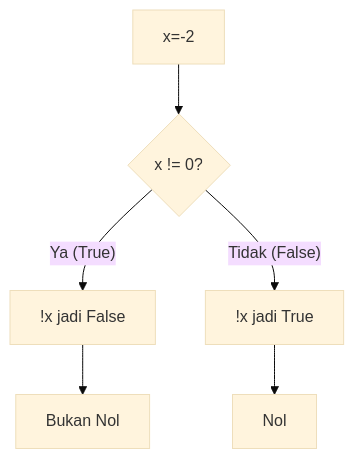
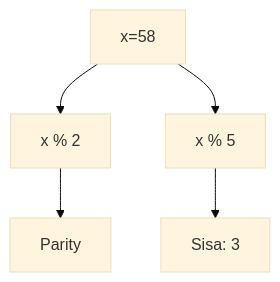
Diagram 12 of 25 in part-c-pemahaman-cpp/02-percabangan/latihan/set-07.md (amnahwaida/OSNK_INF_PREP), drawn with Mermaid (base theme) before and after one commit. The commit also changed other lines of this file and 71 other files, not shown here.

````diff
--- a/part-c-pemahaman-cpp/02-percabangan/latihan/set-07.md
+++ b/part-c-pemahaman-cpp/02-percabangan/latihan/set-07.md
@@ -289,8 +348,7 @@
 ```mermaid
 graph TD
-    A[x=-2] --> B{x != 0?}
-    B -- Ya (True) --> C["!x jadi False"]
-    B -- Tidak (False) --> D["!x jadi True"]
-    C --> E[Bukan Nol]
-    D --> F[Nol]
+A[x=58] --> B[x % 2]
+B --> C[Parity]
+A --> D[x % 5]
+D --> E[Sisa: 3]
 ```
````
